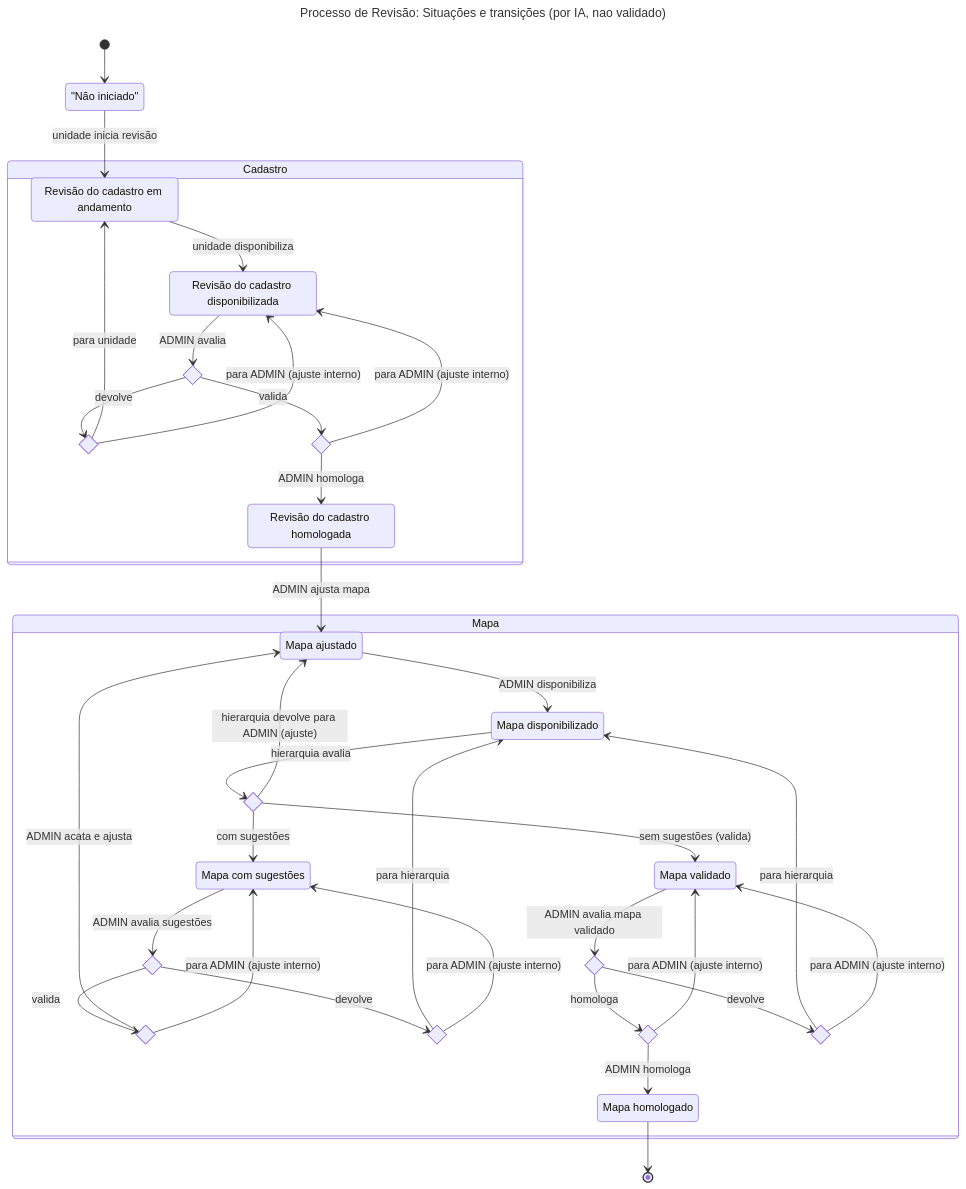
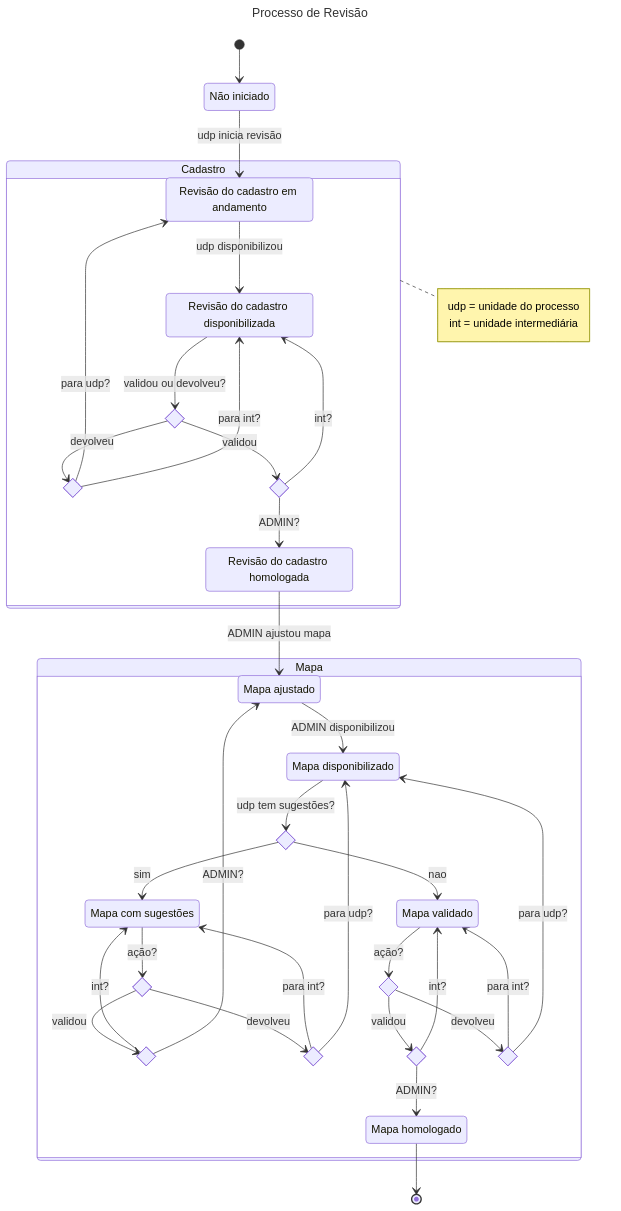
Before and after one commit to lgalvao/sgc: the second of 2 diagrams in etc/reqs/_intro.md, drawn with Mermaid. The commit also changed other lines of this file and 25 other files, not shown here.

Commit message:
Correção de especificações e código para nao mais apagar histórico de alertas

````diff
--- a/etc/reqs/_intro.md
+++ b/etc/reqs/_intro.md
@@ -163,12 +163,18 @@
 ```mermaid
 ---
-title: "Processo de Revisão: Situações e transições (por IA, nao validado)"
+title: "Processo de Revisão"
 ---
+
 stateDiagram-v2
-    NaoIniciado: "Não iniciado"
+    NaoIniciado: Não iniciado
 
     [*] --> NaoIniciado
-    NaoIniciado --> RevisaoEmAndamento: unidade inicia revisão
+    NaoIniciado --> RevisaoEmAndamento: udp inicia revisão
+
+    note right of Cadastro
+        udp = unidade do processo
+        int = unidade intermediária
+    end note
 
     state Cadastro {
         RevisaoEmAndamento: Revisão do cadastro em andamento
@@ -179,19 +185,19 @@
         state DecisaoDevolucaoCadastro <<choice>>
         state DecisaoValidacaoCadastro <<choice>>
 
-        RevisaoEmAndamento --> RevisaoDisponibilizada: unidade disponibiliza
+        RevisaoEmAndamento --> RevisaoDisponibilizada: udp disponibilizou
 
-        RevisaoDisponibilizada --> DecisaoAcaoCadastro: ADMIN avalia
-        DecisaoAcaoCadastro --> DecisaoDevolucaoCadastro: devolve
-        DecisaoAcaoCadastro --> DecisaoValidacaoCadastro: valida
+        RevisaoDisponibilizada --> DecisaoAcaoCadastro: validou ou devolveu?
+        DecisaoAcaoCadastro --> DecisaoDevolucaoCadastro: devolveu
+        DecisaoAcaoCadastro --> DecisaoValidacaoCadastro: validou
 
-        DecisaoDevolucaoCadastro --> RevisaoEmAndamento: para unidade
-        DecisaoDevolucaoCadastro --> RevisaoDisponibilizada: para ADMIN (ajuste interno)
+        DecisaoDevolucaoCadastro --> RevisaoEmAndamento: para udp?
+        DecisaoDevolucaoCadastro --> RevisaoDisponibilizada: para int?
 
-        DecisaoValidacaoCadastro --> RevisaoHomologada: ADMIN homologa
-        DecisaoValidacaoCadastro --> RevisaoDisponibilizada: para ADMIN (ajuste interno)
+        DecisaoValidacaoCadastro --> RevisaoHomologada: ADMIN?
+        DecisaoValidacaoCadastro --> RevisaoDisponibilizada: int?
 
-        RevisaoHomologada --> MapaAjustado: ADMIN ajusta mapa
+        RevisaoHomologada --> MapaAjustado: ADMIN ajustou mapa
     }
 
     state Mapa {
@@ -202,38 +208,40 @@
         MapaHomologado: Mapa homologado
 
         state DecisaoSugestoesMapa <<choice>>
+
         state DecisaoAcaoSugestoes <<choice>>
         state DecisaoValidaSugestoes <<choice>>
         state DecisaoDevolveSugestoes <<choice>>
+
         state DecisaoAcaoValidado <<choice>>
         state DecisaoValidaMapa <<choice>>
         state DecisaoDevolveValidacao <<choice>>
 
-        MapaAjustado --> MapaDisponibilizado: ADMIN disponibiliza
-        MapaDisponibilizado --> DecisaoSugestoesMapa: hierarquia avalia
-        DecisaoSugestoesMapa --> MapaComSugestoes: com sugestões
-        DecisaoSugestoesMapa --> MapaValidado: sem sugestões (valida)
-        DecisaoSugestoesMapa --> MapaAjustado: hierarquia devolve para ADMIN (ajuste)
+        MapaAjustado --> MapaDisponibilizado: ADMIN disponibilizou
 
-        MapaComSugestoes --> DecisaoAcaoSugestoes: ADMIN avalia sugestões
-        DecisaoAcaoSugestoes --> DecisaoValidaSugestoes: valida
-        DecisaoAcaoSugestoes --> DecisaoDevolveSugestoes: devolve
+        MapaDisponibilizado --> DecisaoSugestoesMapa: udp tem sugestões?
+        DecisaoSugestoesMapa --> MapaComSugestoes: sim
+        DecisaoSugestoesMapa --> MapaValidado: nao
 
-        DecisaoValidaSugestoes --> MapaAjustado: ADMIN acata e ajusta
-        DecisaoValidaSugestoes --> MapaComSugestoes: para ADMIN (ajuste interno)
+        DecisaoDevolveSugestoes --> MapaComSugestoes: para int?
+        DecisaoDevolveSugestoes --> MapaDisponibilizado: para udp?
 
-        DecisaoDevolveSugestoes --> MapaDisponibilizado: para hierarquia
-        DecisaoDevolveSugestoes --> MapaComSugestoes: para ADMIN (ajuste interno)
+        MapaComSugestoes --> DecisaoAcaoSugestoes: ação?
+        DecisaoAcaoSugestoes --> DecisaoValidaSugestoes: validou
+        DecisaoAcaoSugestoes --> DecisaoDevolveSugestoes: devolveu
 
-        MapaValidado --> DecisaoAcaoValidado: ADMIN avalia mapa validado
-        DecisaoAcaoValidado --> DecisaoValidaMapa: homologa
-        DecisaoAcaoValidado --> DecisaoDevolveValidacao: devolve
+        DecisaoValidaSugestoes --> MapaComSugestoes: int?
+        DecisaoValidaSugestoes --> MapaAjustado: ADMIN?
 
-        DecisaoValidaMapa --> MapaHomologado: ADMIN homologa
-        DecisaoValidaMapa --> MapaValidado: para ADMIN (ajuste interno)
+        DecisaoDevolveValidacao --> MapaValidado: para int?
+        DecisaoDevolveValidacao --> MapaDisponibilizado: para udp?
 
-        DecisaoDevolveValidacao --> MapaDisponibilizado: para hierarquia
-        DecisaoDevolveValidacao --> MapaValidado: para ADMIN (ajuste interno)
+        MapaValidado --> DecisaoAcaoValidado: ação?
+        DecisaoAcaoValidado --> DecisaoValidaMapa: validou
+        DecisaoAcaoValidado --> DecisaoDevolveValidacao: devolveu
+
+        DecisaoValidaMapa --> MapaHomologado: ADMIN?
+        DecisaoValidaMapa --> MapaValidado: int?
     }
 
     MapaHomologado --> [*]
````
